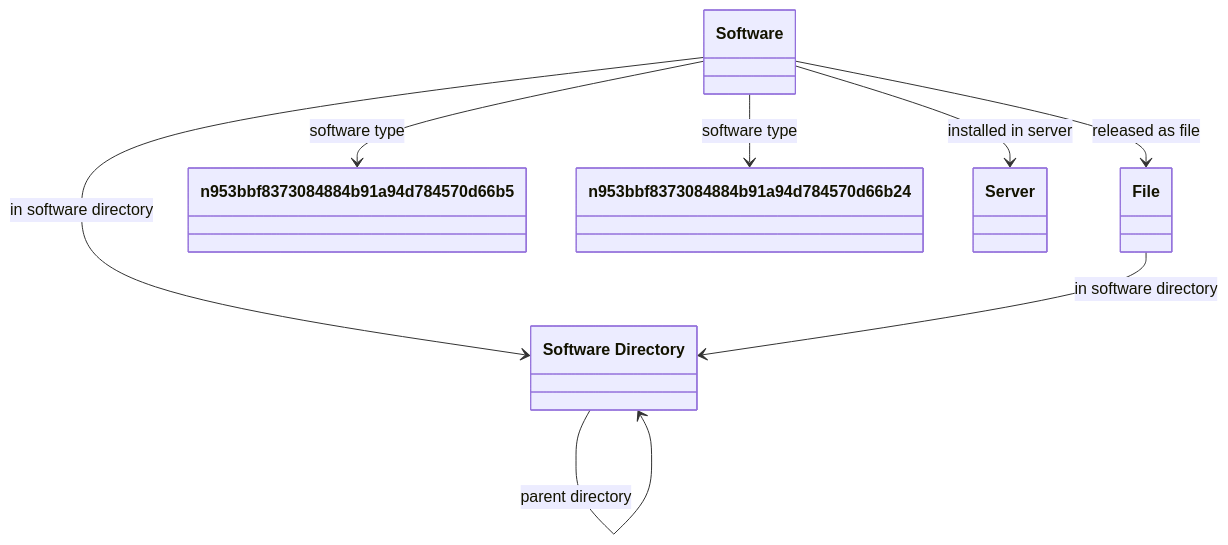
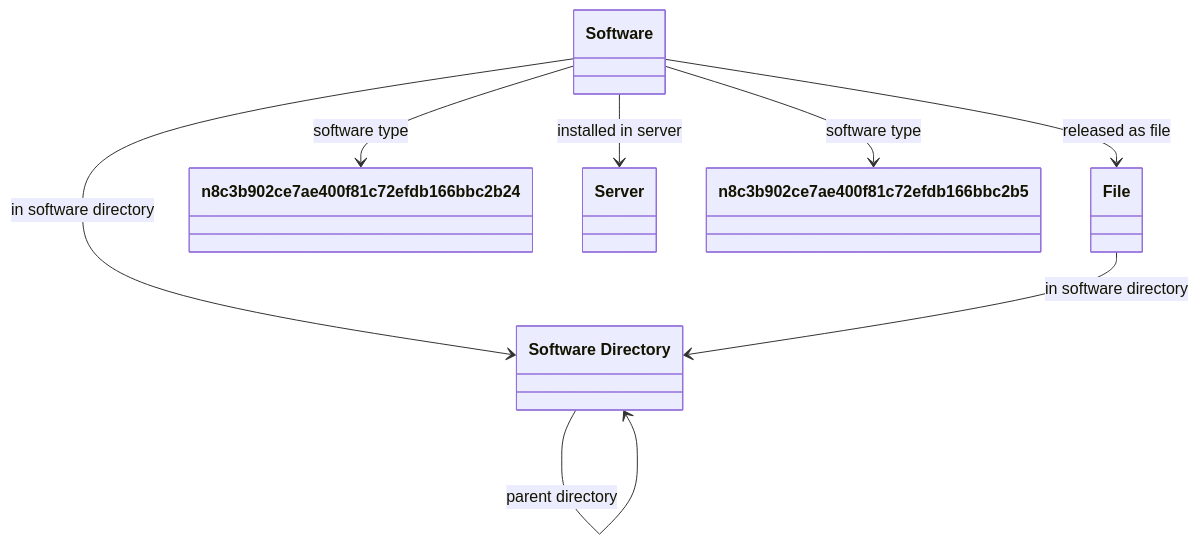
One commit to oeg-upm/Devos changed the diagram in output/ieswc_meta/software.ttl-abstract-7-0-hard.md. Above: the diagram before and after it, drawn with Mermaid. The commit also changed 131 other files, not shown here.

````diff
--- a/output/ieswc_meta/software.ttl-abstract-7-0-hard.md
+++ b/output/ieswc_meta/software.ttl-abstract-7-0-hard.md
@@ -1,45 +1,45 @@
 ```mermaid
 	classDiagram
 
     
     class `Software` {
     
     }
 
     class `Software Directory` {
     
     }
 
     class `File` {
     
     }
 
-    class `n953bbf8373084884b91a94d784570d66b5` {
-    
-    }
-
-    class `n953bbf8373084884b91a94d784570d66b24` {
+    class `n8c3b902ce7ae400f81c72efdb166bbc2b24` {
     
     }
 
     class `Server` {
     
     }
 
+    class `n8c3b902ce7ae400f81c72efdb166bbc2b5` {
+    
+    }
 
+
+
+`Software`  --> `File`   :released as file  
+
+`Software Directory`  --> `Software Directory`   :parent directory  
+
+`Software`  --> `n8c3b902ce7ae400f81c72efdb166bbc2b24`   :software type  
 
 `Software`  --> `Software Directory`   :in software directory  
 
-`Software`  --> `n953bbf8373084884b91a94d784570d66b5`   :software type  
+`Software`  --> `Server`   :installed in server  
 
 `File`  --> `Software Directory`   :in software directory  
 
-`Software`  --> `n953bbf8373084884b91a94d784570d66b24`   :software type  
-
-`Software Directory`  --> `Software Directory`   :parent directory  
-
-`Software`  --> `Server`   :installed in server  
-
-`Software`  --> `File`   :released as file  
+`Software`  --> `n8c3b902ce7ae400f81c72efdb166bbc2b5`   :software type  
 
 ```
````
